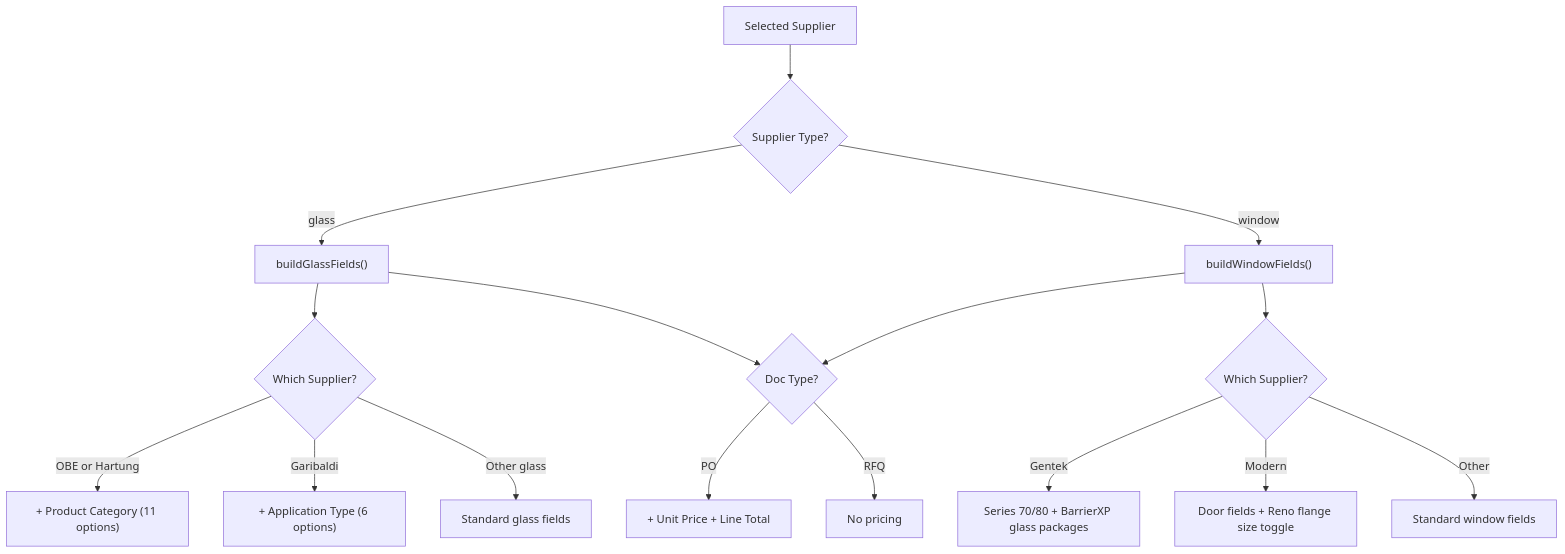
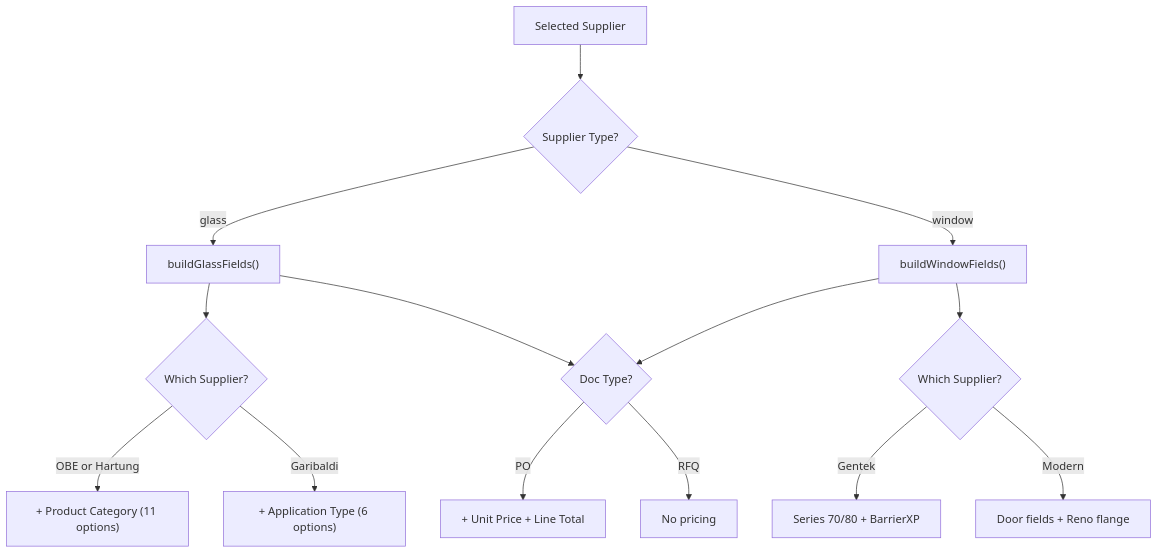
One commit to Skippy-code-604/westernwindows-ca changed the seventh of 7 diagrams in ww_portal_enterprise_docs.md. Above: the diagram before and after it, drawn with Mermaid. The commit also changed other lines of this file and 2 other files, not shown here.

Commit message:
fix: B5 convertToPO double json parse + update roadmap

````diff
--- a/ww_portal_enterprise_docs.md
+++ b/ww_portal_enterprise_docs.md
@@ -499,20 +591,18 @@
 ```mermaid
 flowchart TD
     START["Selected Supplier"] --> TYPE{Supplier Type?}
     TYPE -->|glass| GLASS["buildGlassFields()"]
     TYPE -->|window| WINDOW["buildWindowFields()"]
 
     GLASS --> G_CHECK{Which Supplier?}
     G_CHECK -->|"OBE or Hartung"| G_CAT["+ Product Category (11 options)"]
     G_CHECK -->|"Garibaldi"| G_APP["+ Application Type (6 options)"]
-    G_CHECK -->|"Other glass"| G_STD["Standard glass fields"]
 
     WINDOW --> W_CHECK{Which Supplier?}
-    W_CHECK -->|"Gentek"| W_GEN["Series 70/80 + BarrierXP glass packages"]
-    W_CHECK -->|"Modern"| W_MOD["Door fields + Reno flange size toggle"]
-    W_CHECK -->|"Other"| W_STD["Standard window fields"]
+    W_CHECK -->|"Gentek"| W_GEN["Series 70/80 + BarrierXP"]
+    W_CHECK -->|"Modern"| W_MOD["Door fields + Reno flange"]
 
     GLASS & WINDOW --> PO{Doc Type?}
     PO -->|PO| PRICE["+ Unit Price + Line Total"]
     PO -->|RFQ| NO_PRICE["No pricing"]
 ```
````
